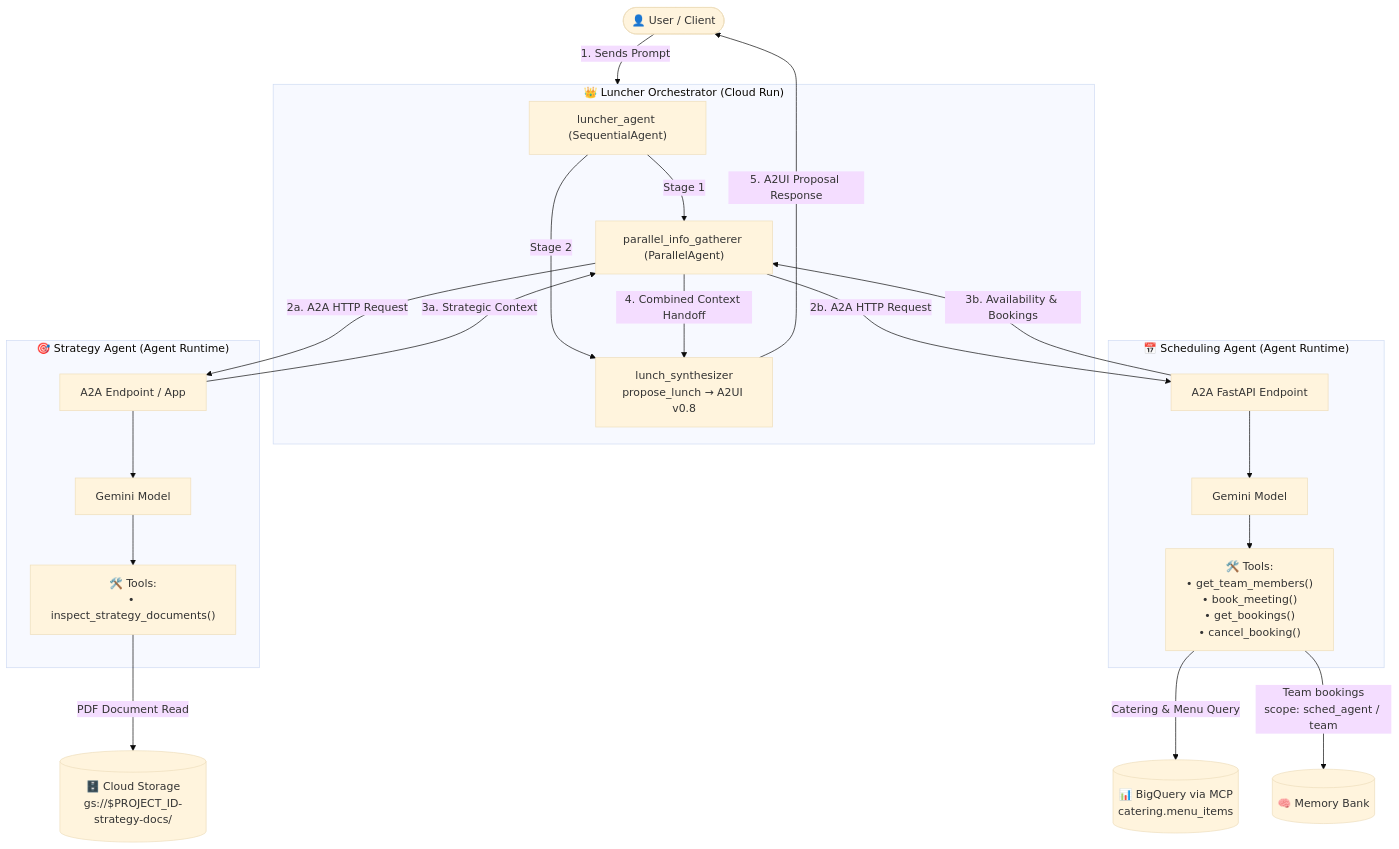
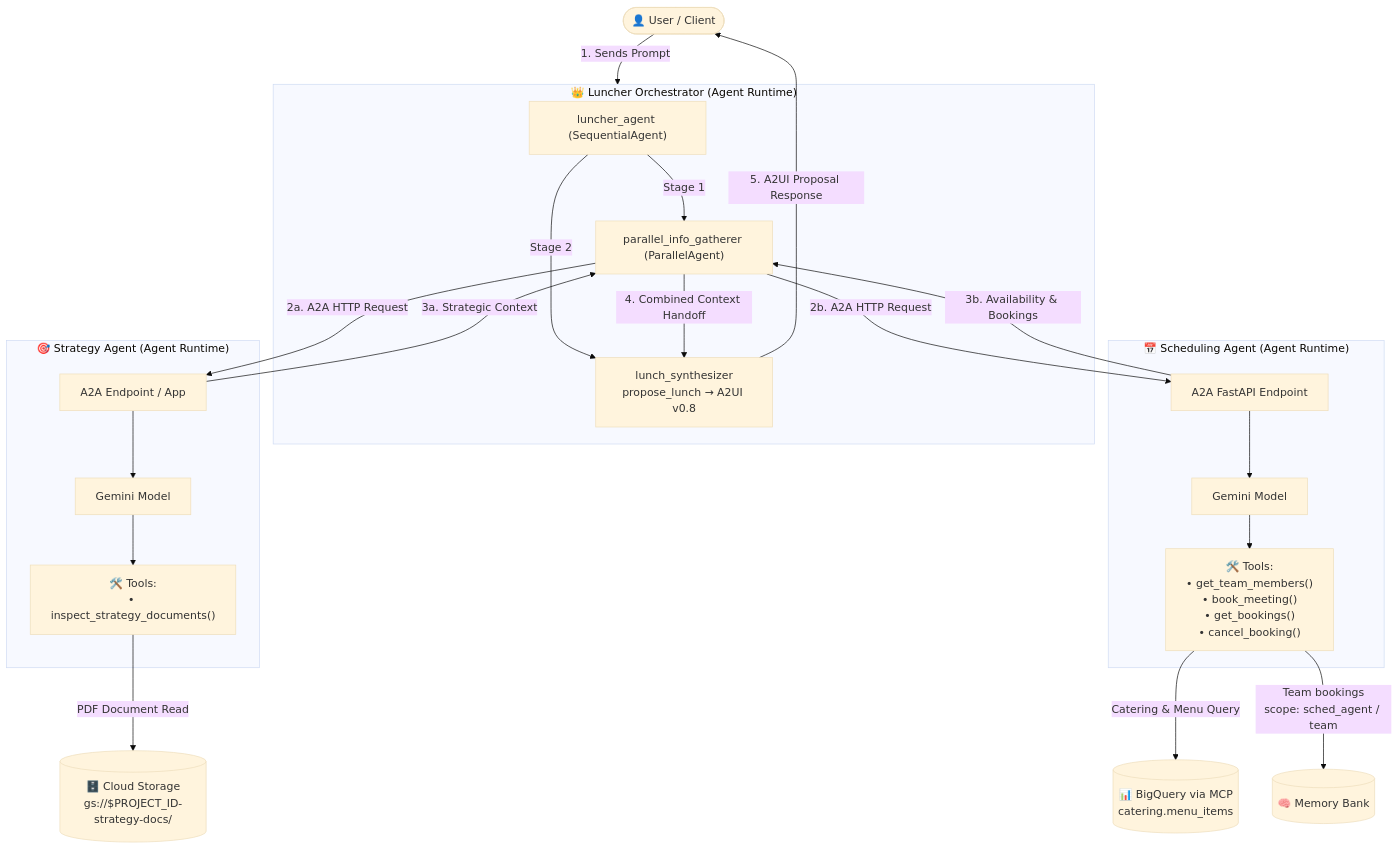
The diagram in README.md (mbychkowski/luncher), drawn with Mermaid (base theme) before and after one commit. The commit also changed other lines of this file and 13 other files, not shown here.

````diff
--- a/README.md
+++ b/README.md
@@ -39,46 +39,46 @@
 ```mermaid
 graph TD
     User(["👤 User / Client"]) -->|1. Sends Prompt| LuncherProcess
 
-    subgraph LuncherProcess ["👑 Luncher Orchestrator (Cloud Run)"]
+    subgraph LuncherProcess ["👑 Luncher Orchestrator (Agent Runtime)"]
         LuncherSeq["luncher_agent (SequentialAgent)"]
         ParallelGatherer["parallel_info_gatherer (ParallelAgent)"]
         Synthesizer["lunch_synthesizer<br/>propose_lunch → A2UI v0.8"]
 
         LuncherSeq -->|Stage 1| ParallelGatherer
         LuncherSeq -->|Stage 2| Synthesizer
     end
 
     subgraph StrategyAgent ["🎯 Strategy Agent (Agent Runtime)"]
         StratA2A["A2A Endpoint / App"]
         StratLLM["Gemini Model"]
         StratTools["🛠️ Tools:<br/>• inspect_strategy_documents()"]
         StratA2A --> StratLLM
         StratLLM --> StratTools
     end
 
     subgraph SchedAgent ["📅 Scheduling Agent (Agent Runtime)"]
         SchedA2A["A2A FastAPI Endpoint"]
         SchedLLM["Gemini Model"]
         SchedTools["🛠️ Tools:<br/>• get_team_members()<br/>• book_meeting()<br/>• get_bookings()<br/>• cancel_booking()"]
         SchedA2A --> SchedLLM
         SchedLLM --> SchedTools
     end
 
     GCS[("🗄️ Cloud Storage<br/>gs://$PROJECT_ID-strategy-docs/")]
     BQ[("📊 BigQuery via MCP<br/>catering.menu_items")]
     MemBank[("🧠 Memory Bank")]
 
     ParallelGatherer -->|2a. A2A HTTP Request| StratA2A
     ParallelGatherer -->|2b. A2A HTTP Request| SchedA2A
 
     StratTools -->|PDF Document Read| GCS
     SchedTools -->|Catering & Menu Query| BQ
     SchedTools -->|Team bookings<br/>scope: sched_agent / team| MemBank
 
     StratA2A -->|3a. Strategic Context| ParallelGatherer
     SchedA2A -->|3b. Availability & Bookings| ParallelGatherer
 
     ParallelGatherer -->|4. Combined Context Handoff| Synthesizer
     Synthesizer -->|5. A2UI Proposal Response| User
 ```
````
